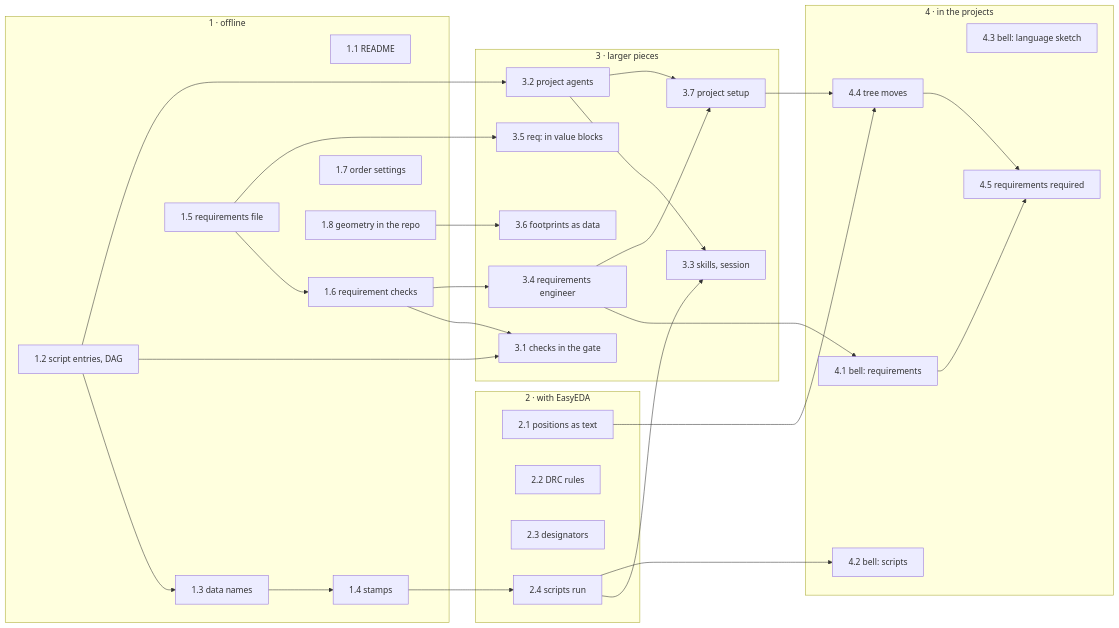
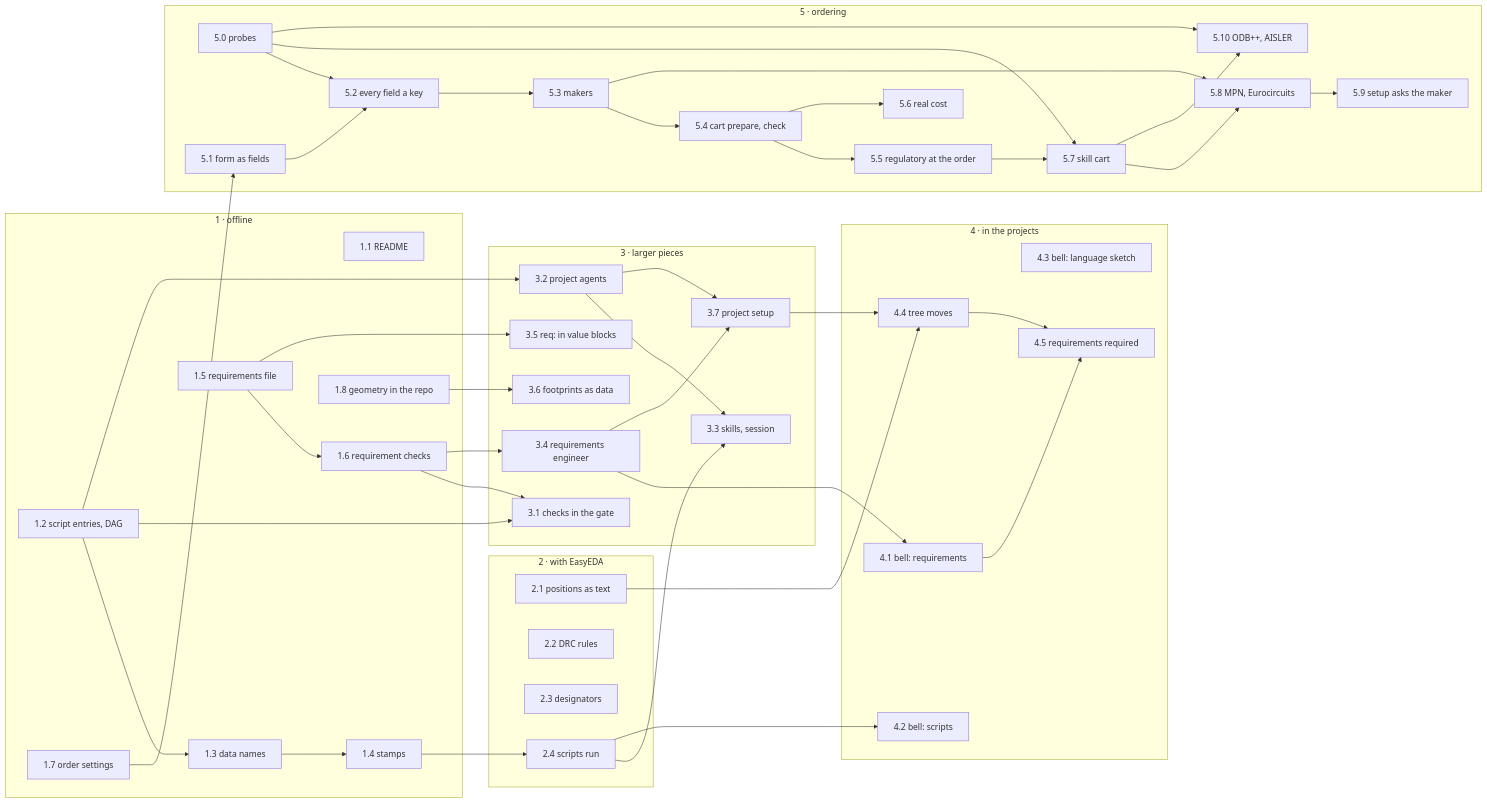
The diagram in docs/concepts/new/implementation-plan.md (tgd1975/edakit), drawn with Mermaid before and after one commit. The commit also changed other lines of this file and 1 other file, not shown here.

````diff
--- a/docs/concepts/new/implementation-plan.md
+++ b/docs/concepts/new/implementation-plan.md
@@ -61,46 +74,64 @@
 ```mermaid
 flowchart LR
   subgraph P1["1 · offline"]
     s11["1.1 README"]
     s12["1.2 script entries, DAG"] --> s13["1.3 data names"] --> s14["1.4 stamps"]
     s15["1.5 requirements file"] --> s16["1.6 requirement checks"]
     s17["1.7 order settings"]
     s18["1.8 geometry in the repo"]
   end
   subgraph P2["2 · with EasyEDA"]
     s21["2.1 positions as text"]
     s22["2.2 DRC rules"]
     s23["2.3 designators"]
     s24["2.4 scripts run"]
   end
   subgraph P3["3 · larger pieces"]
     s31["3.1 checks in the gate"]
     s32["3.2 project agents"]
     s33["3.3 skills, session"]
     s34["3.4 requirements engineer"]
     s35["3.5 req: in value blocks"]
     s36["3.6 footprints as data"]
     s37["3.7 project setup"]
   end
   subgraph P4["4 · in the projects"]
     s41["4.1 bell: requirements"]
     s42["4.2 bell: scripts"]
     s43["4.3 bell: language sketch"]
     s44["4.4 tree moves"]
     s45["4.5 requirements required"]
   end
+  subgraph P5["5 · ordering"]
+    s50["5.0 probes"]
+    s51["5.1 form as fields"] --> s52["5.2 every field a key"] --> s53["5.3 makers"] --> s54["5.4 cart prepare, check"]
+    s54 --> s55["5.5 regulatory at the order"]
+    s54 --> s56["5.6 real cost"]
+    s57["5.7 skill cart"]
+    s58["5.8 MPN, Eurocircuits"]
+    s59["5.9 setup asks the maker"]
+    s510["5.10 ODB++, AISLER"]
+  end
   s14 --> s24 --> s33
   s12 --> s31
   s16 --> s31
   s12 --> s32 --> s33
   s16 --> s34 --> s41
   s15 --> s35
   s18 --> s36
   s24 --> s42
   s32 --> s37
   s34 --> s37
   s21 --> s44
   s37 --> s44
   s41 --> s45
   s44 --> s45
+  s50 --> s52
+  s50 --> s57
+  s55 --> s57
+  s53 --> s58
+  s57 --> s58 --> s59
+  s50 --> s510
+  s57 --> s510
+  s17 --> s51
 ```
````
